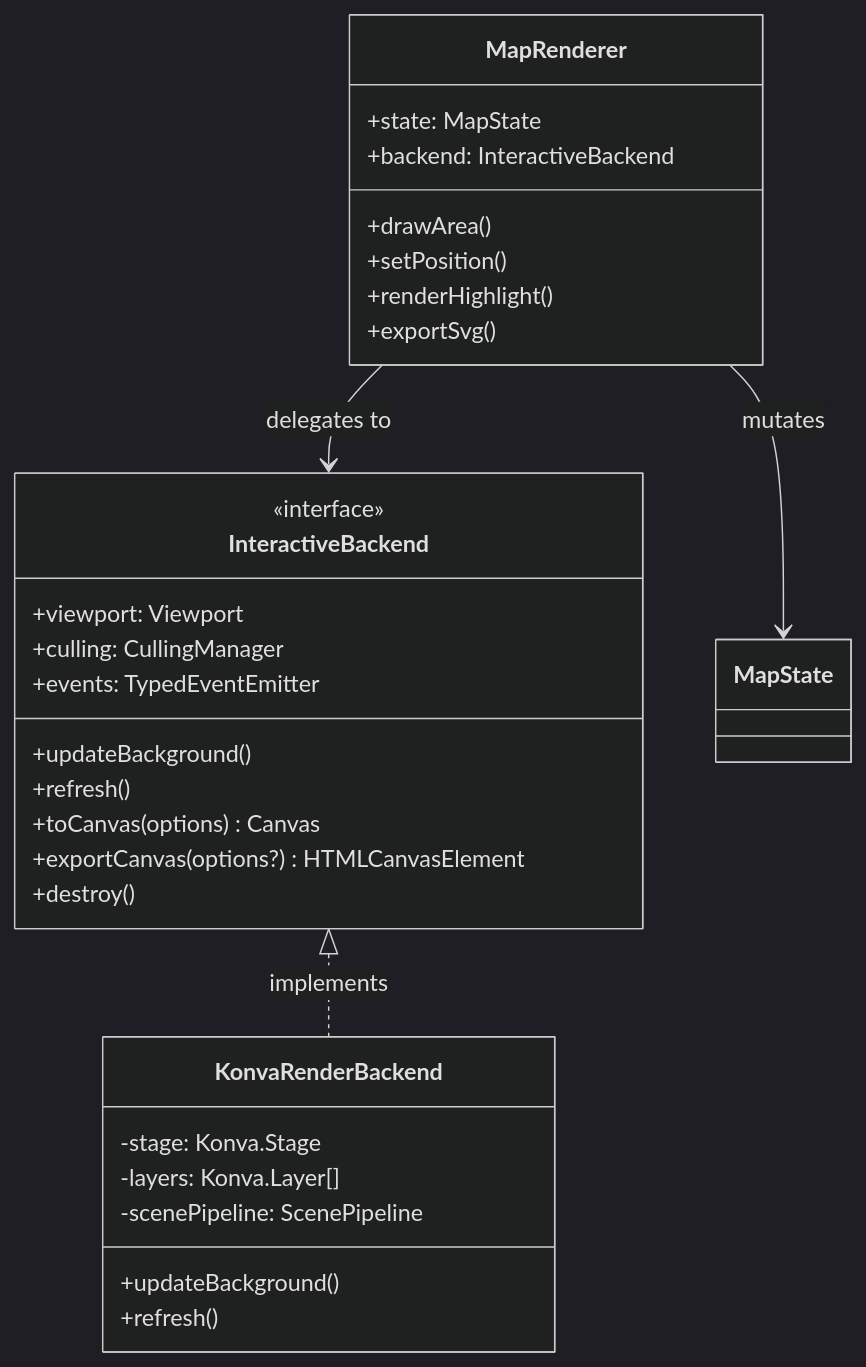
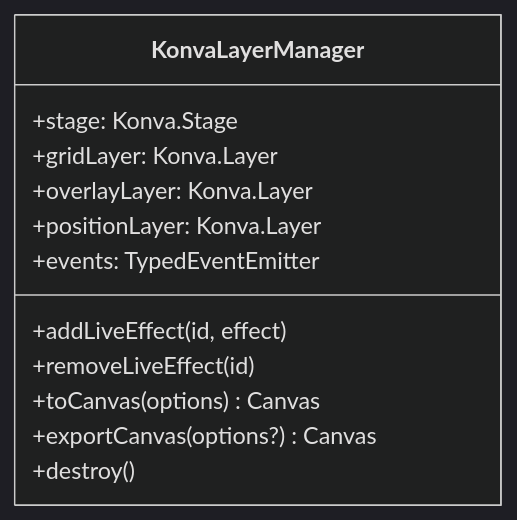
One commit to Delwing/mudlet-map-renderer changed the eighth of 12 diagrams in docs/architecture.md. Above: the diagram before and after it, drawn with Mermaid (dark theme). The commit also changed other lines of this file, not shown here.

Commit message:
Update architecture.md to reflect unified renderer refactor

````diff
--- a/docs/architecture.md
+++ b/docs/architecture.md
@@ -258,35 +255,15 @@
 ```mermaid
 classDiagram
-    class InteractiveBackend {
-        <<interface>>
-        +viewport: Viewport
-        +culling: CullingManager
+    class KonvaLayerManager {
+        +stage: Konva.Stage
+        +gridLayer: Konva.Layer
+        +overlayLayer: Konva.Layer
+        +positionLayer: Konva.Layer
         +events: TypedEventEmitter
-        +updateBackground()
-        +refresh()
+        +addLiveEffect(id, effect)
+        +removeLiveEffect(id)
         +toCanvas(options) Canvas
-        +exportCanvas(options?) HTMLCanvasElement
+        +exportCanvas(options?) Canvas
         +destroy()
     }
-
-    class KonvaRenderBackend {
-        -stage: Konva.Stage
-        -layers: Konva.Layer[]
-        -scenePipeline: ScenePipeline
-        +updateBackground()
-        +refresh()
-    }
-
-    class MapRenderer {
-        +state: MapState
-        +backend: InteractiveBackend
-        +drawArea()
-        +setPosition()
-        +renderHighlight()
-        +exportSvg()
-    }
-
-    InteractiveBackend <|.. KonvaRenderBackend : implements
-    MapRenderer --> InteractiveBackend : delegates to
-    MapRenderer --> MapState : mutates
 ```
````
